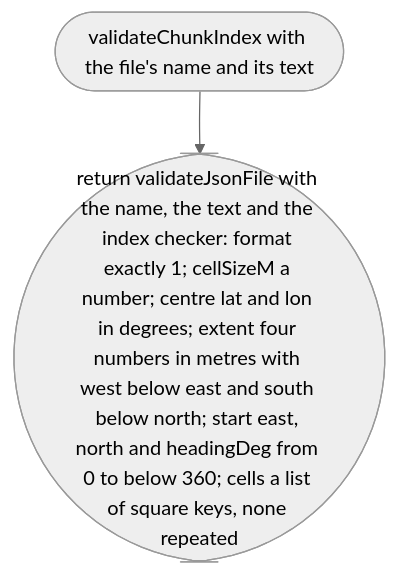
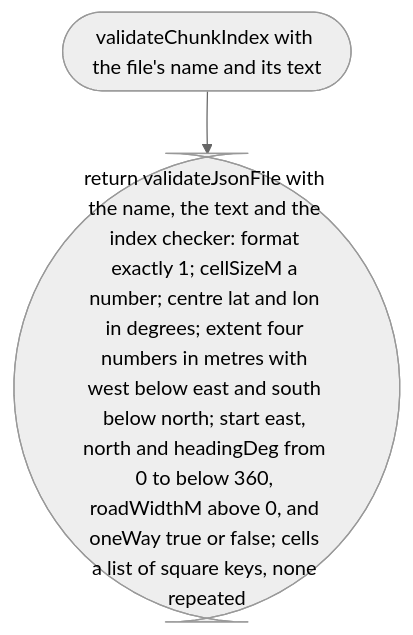
Before and after one commit to NewDara-Star/world-engine: the third of 4 diagrams in docs/designs/src/world/chunk.md, drawn with Mermaid (neutral theme). The commit also changed other lines of this file and 41 other files, not shown here.

````diff
--- a/docs/designs/src/world/chunk.md
+++ b/docs/designs/src/world/chunk.md
@@ -74,6 +74,6 @@
 ```mermaid
 flowchart TD
   s(["validateChunkIndex with the file's name and its text"])
-  a(["return validateJsonFile with the name, the text and the index checker: format exactly 1; cellSizeM a number; centre lat and lon in degrees; extent four numbers in metres with west below east and south below north; start east, north and headingDeg from 0 to below 360; cells a list of square keys, none repeated"])
+  a(["return validateJsonFile with the name, the text and the index checker: format exactly 1; cellSizeM a number; centre lat and lon in degrees; extent four numbers in metres with west below east and south below north; start east, north and headingDeg from 0 to below 360, roadWidthM above 0, and oneWay true or false; cells a list of square keys, none repeated"])
   s --> a
 ```
````
